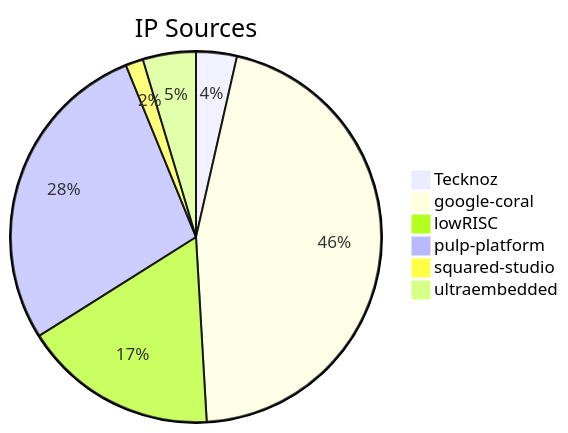
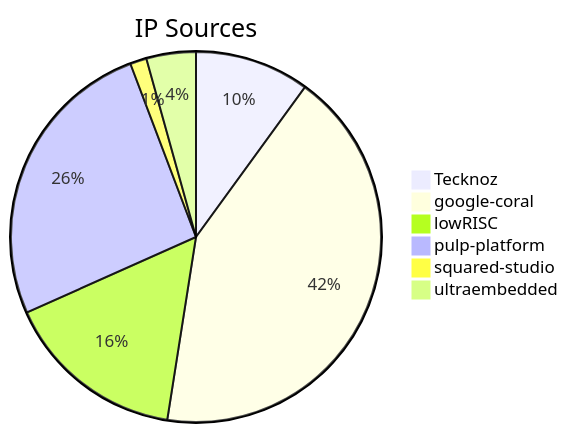
One commit to TecknozBD/Hyper-Titan changed the diagram in README.md. Above: the diagram before and after it, drawn with Mermaid. The commit also changed 3 other files, not shown here.

````diff
--- a/README.md
+++ b/README.md
@@ -116,10 +116,10 @@
 ```mermaid
 %%{init: {"pie": {"sort": false}} }%%
 pie title IP Sources
-  "Tecknoz" : 4604
+  "Tecknoz" : 13897
   "google-coral" : 59000
   "lowRISC" : 22000
   "pulp-platform" : 36000
   "squared-studio": 2000
   "ultraembedded": 6000
 ```
````
